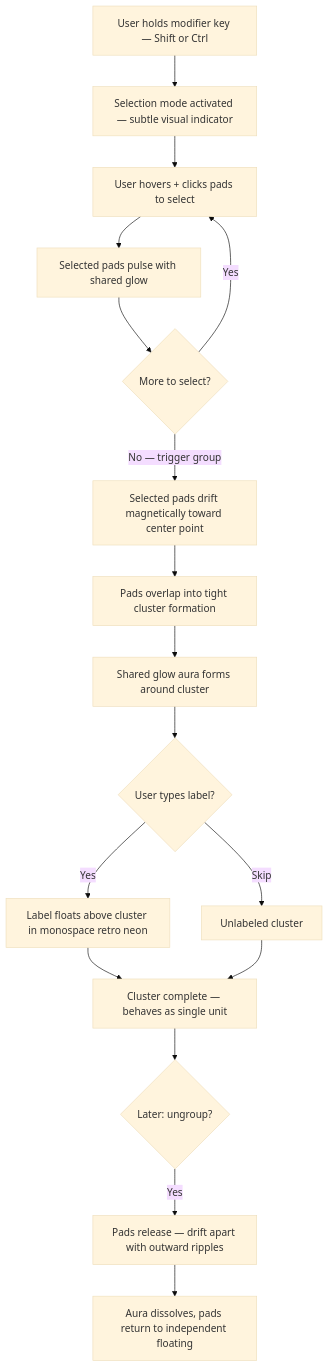
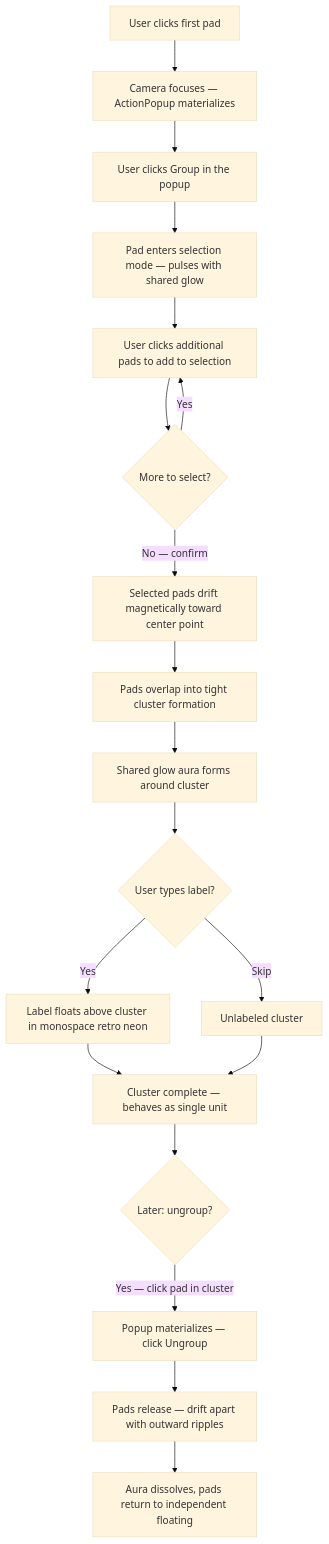
The fourth of 5 diagrams in _bmad-output/planning-artifacts/ux-design-specification.md (mscottx88/nearform-bmad-todo-app), drawn with Mermaid (base theme) before and after one commit. The commit also changed other lines of this file and 10 other files, not shown here.

````diff
--- a/_bmad-output/planning-artifacts/ux-design-specification.md
+++ b/_bmad-output/planning-artifacts/ux-design-specification.md
@@ -680,19 +708,21 @@
 ```mermaid
 flowchart TD
-    A[User holds modifier key — Shift or Ctrl] --> B[Selection mode activated — subtle visual indicator]
-    B --> C[User hovers + clicks pads to select]
-    C --> D[Selected pads pulse with shared glow]
-    D --> E{More to select?}
-    E -->|Yes| C
-    E -->|No — trigger group| F[Selected pads drift magnetically toward center point]
-    F --> G[Pads overlap into tight cluster formation]
-    G --> H[Shared glow aura forms around cluster]
-    H --> I{User types label?}
-    I -->|Yes| J[Label floats above cluster in monospace retro neon]
-    I -->|Skip| K[Unlabeled cluster]
-    J --> L[Cluster complete — behaves as single unit]
-    K --> L
-    L --> M{Later: ungroup?}
-    M -->|Yes| N[Pads release — drift apart with outward ripples]
-    N --> O[Aura dissolves, pads return to independent floating]
+    A[User clicks first pad] --> B[Camera focuses — ActionPopup materializes]
+    B --> C[User clicks Group in the popup]
+    C --> D[Pad enters selection mode — pulses with shared glow]
+    D --> E[User clicks additional pads to add to selection]
+    E --> F{More to select?}
+    F -->|Yes| E
+    F -->|No — confirm| G[Selected pads drift magnetically toward center point]
+    G --> H[Pads overlap into tight cluster formation]
+    H --> I[Shared glow aura forms around cluster]
+    I --> J{User types label?}
+    J -->|Yes| K[Label floats above cluster in monospace retro neon]
+    J -->|Skip| L[Unlabeled cluster]
+    K --> M[Cluster complete — behaves as single unit]
+    L --> M
+    M --> N{Later: ungroup?}
+    N -->|Yes — click pad in cluster| O[Popup materializes — click Ungroup]
+    O --> P[Pads release — drift apart with outward ripples]
+    P --> Q[Aura dissolves, pads return to independent floating]
 ```
````
